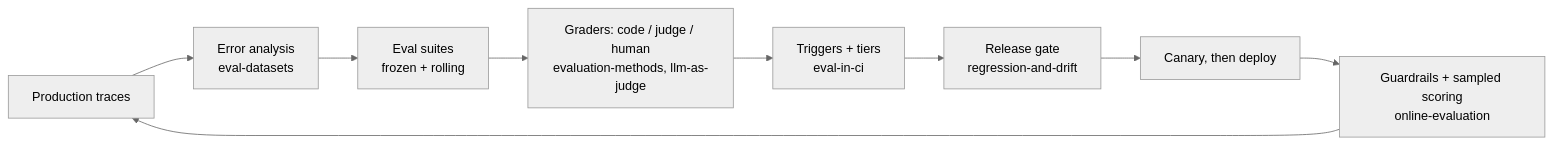
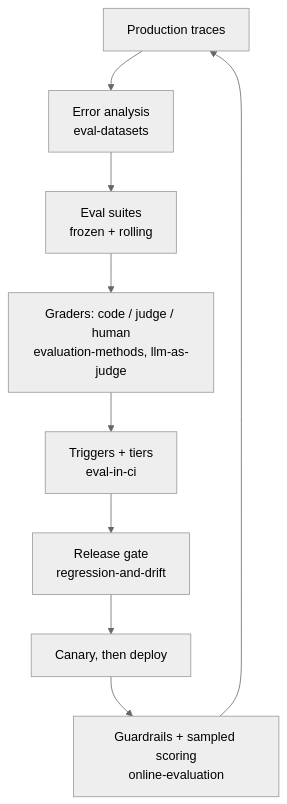
Before and after one commit to gautierdaures/ai-agent-playbook: the diagram in 04-evaluation/README.md, drawn with Mermaid (neutral theme).

Commit message:
Lay the section-4 lifecycle diagram out vertically
Eight nodes left-to-right scales down to unreadable text in GitHub's
content column; top-to-bottom keeps labels at full size.

````diff
--- a/04-evaluation/README.md
+++ b/04-evaluation/README.md
@@ -7,11 +7,11 @@
 ```mermaid
-flowchart LR
+flowchart TB
     P["Production traces"] --> EA["Error analysis<br>eval-datasets"]
     EA --> DS["Eval suites<br>frozen + rolling"]
     DS --> G["Graders: code / judge / human<br>evaluation-methods, llm-as-judge"]
     G --> CI["Triggers + tiers<br>eval-in-ci"]
     CI --> GATE["Release gate<br>regression-and-drift"]
     GATE --> DEP["Canary, then deploy"]
     DEP --> ON["Guardrails + sampled scoring<br>online-evaluation"]
     ON --> P
 ```
````
